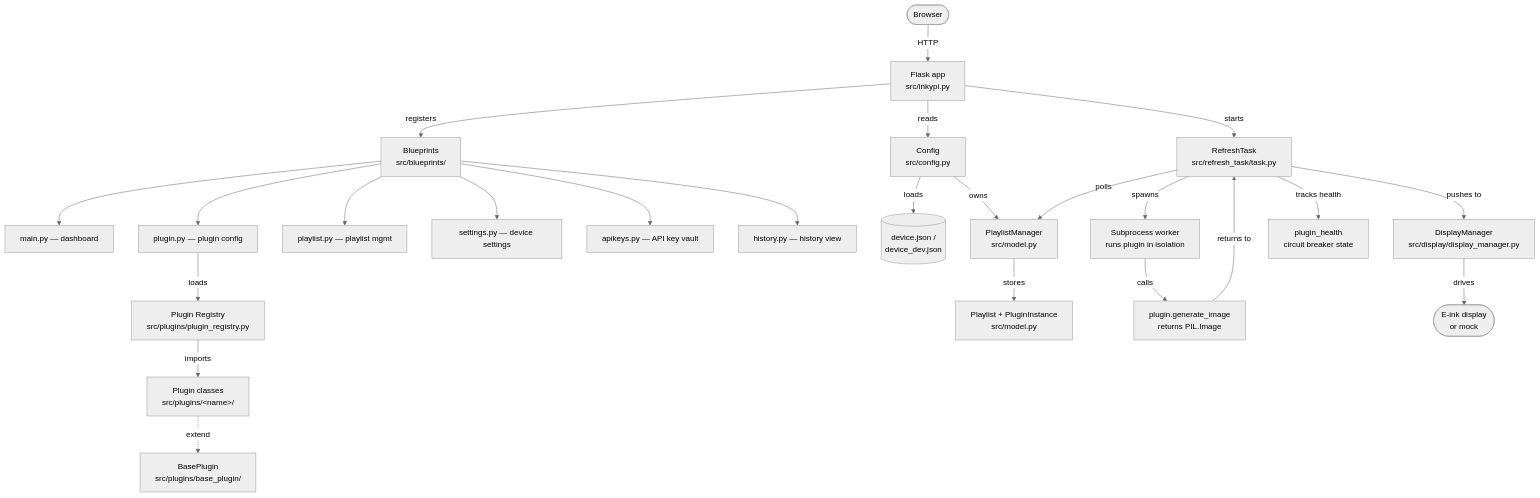
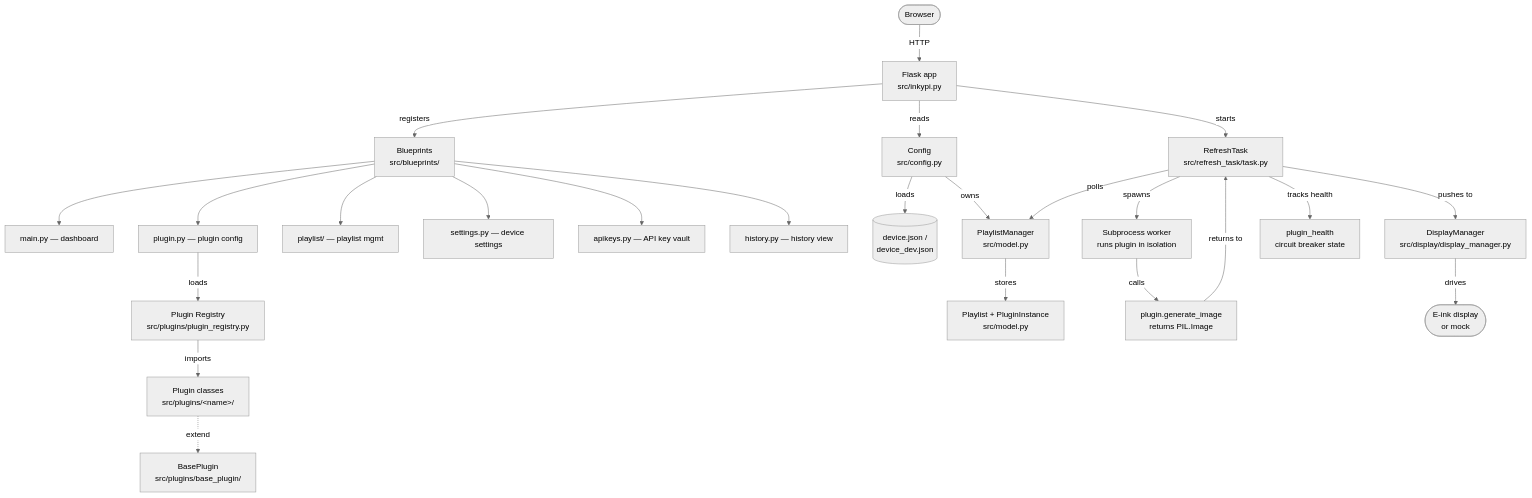
The diagram in docs/architecture.md (jtn0123/InkyPi), drawn with Mermaid (neutral theme) before and after one commit. The commit also changed 15 other files, not shown here.

````diff
--- a/docs/architecture.md
+++ b/docs/architecture.md
@@ -15,33 +15,33 @@
 ```mermaid
 flowchart TD
     Browser([Browser]) -->|HTTP| Flask
     Flask[Flask app<br/>src/inkypi.py]
     Flask -->|registers| BP[Blueprints<br/>src/blueprints/]
 
     BP --> MainBP[main.py — dashboard]
     BP --> PluginBP[plugin.py — plugin config]
-    BP --> PlaylistBP[playlist.py — playlist mgmt]
+    BP --> PlaylistBP[playlist/ — playlist mgmt]
     BP --> SettingsBP[settings.py — device settings]
     BP --> APIKeysBP[apikeys.py — API key vault]
     BP --> HistoryBP[history.py — history view]
 
     PluginBP -->|loads| Registry[Plugin Registry<br/>src/plugins/plugin_registry.py]
     Registry -->|imports| Plugins[Plugin classes<br/>src/plugins/&lt;name&gt;/]
     Plugins -.->|extend| BasePlugin[BasePlugin<br/>src/plugins/base_plugin/]
 
     Flask -->|reads| Config[Config<br/>src/config.py]
     Config -->|loads| DeviceJSON[(device.json /<br/>device_dev.json)]
 
     Config -->|owns| PlaylistMgr[PlaylistManager<br/>src/model.py]
     PlaylistMgr -->|stores| PlaylistData[Playlist + PluginInstance<br/>src/model.py]
 
     Flask -->|starts| RefreshTask[RefreshTask<br/>src/refresh_task/task.py]
     RefreshTask -->|polls| PlaylistMgr
     RefreshTask -->|spawns| Worker[Subprocess worker<br/>runs plugin in isolation]
     Worker -->|calls| PluginGen[plugin.generate_image<br/>returns PIL.Image]
     PluginGen -->|returns to| RefreshTask
     RefreshTask -->|pushes to| DisplayMgr[DisplayManager<br/>src/display/display_manager.py]
     DisplayMgr -->|drives| Display([E-ink display<br/>or mock])
 
     RefreshTask -->|tracks health| Health[plugin_health<br/>circuit breaker state]
 ```
````
